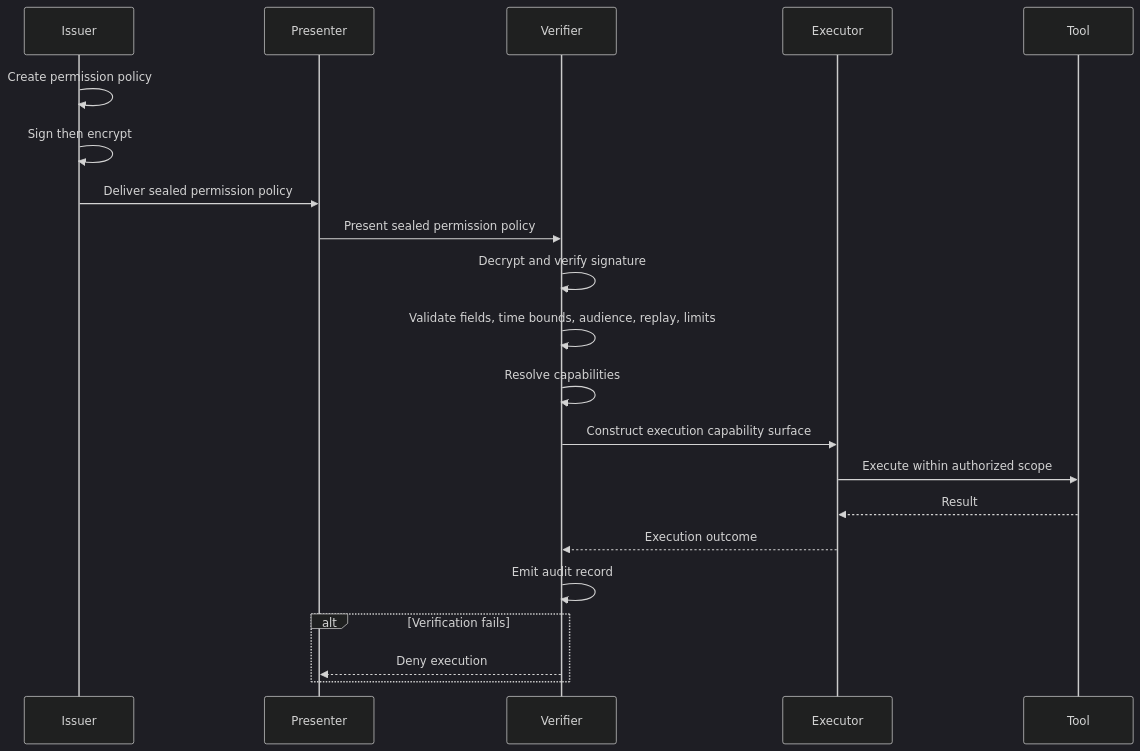
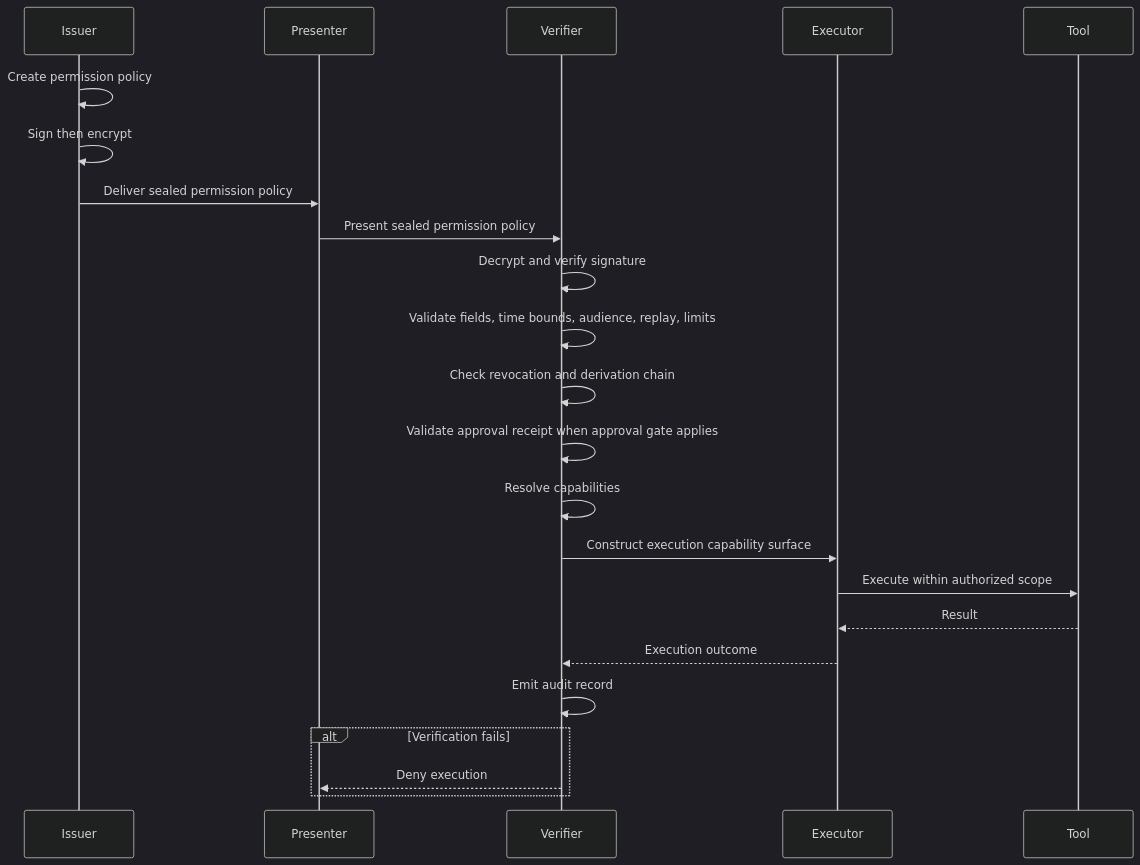
Before and after one commit to Crittora/agent-permission-protocol: the third of 7 diagrams in docs/whitepaper.md, drawn with Mermaid (dark theme). The commit also changed other lines of this file and 9 other files, not shown here.

````diff
--- a/docs/whitepaper.md
+++ b/docs/whitepaper.md
@@ -267,24 +265,26 @@
 ```mermaid
 sequenceDiagram
   participant I as Issuer
   participant P as Presenter
   participant V as Verifier
   participant E as Executor
   participant T as Tool
 
   I->>I: Create permission policy
   I->>I: Sign then encrypt
   I->>P: Deliver sealed permission policy
   P->>V: Present sealed permission policy
   V->>V: Decrypt and verify signature
   V->>V: Validate fields, time bounds, audience, replay, limits
+  V->>V: Check revocation and derivation chain
+  V->>V: Validate approval receipt when approval gate applies
   V->>V: Resolve capabilities
   V->>E: Construct execution capability surface
   E->>T: Execute within authorized scope
   T-->>E: Result
   E-->>V: Execution outcome
   V->>V: Emit audit record
   alt Verification fails
     V-->>P: Deny execution
   end
 ```
````
